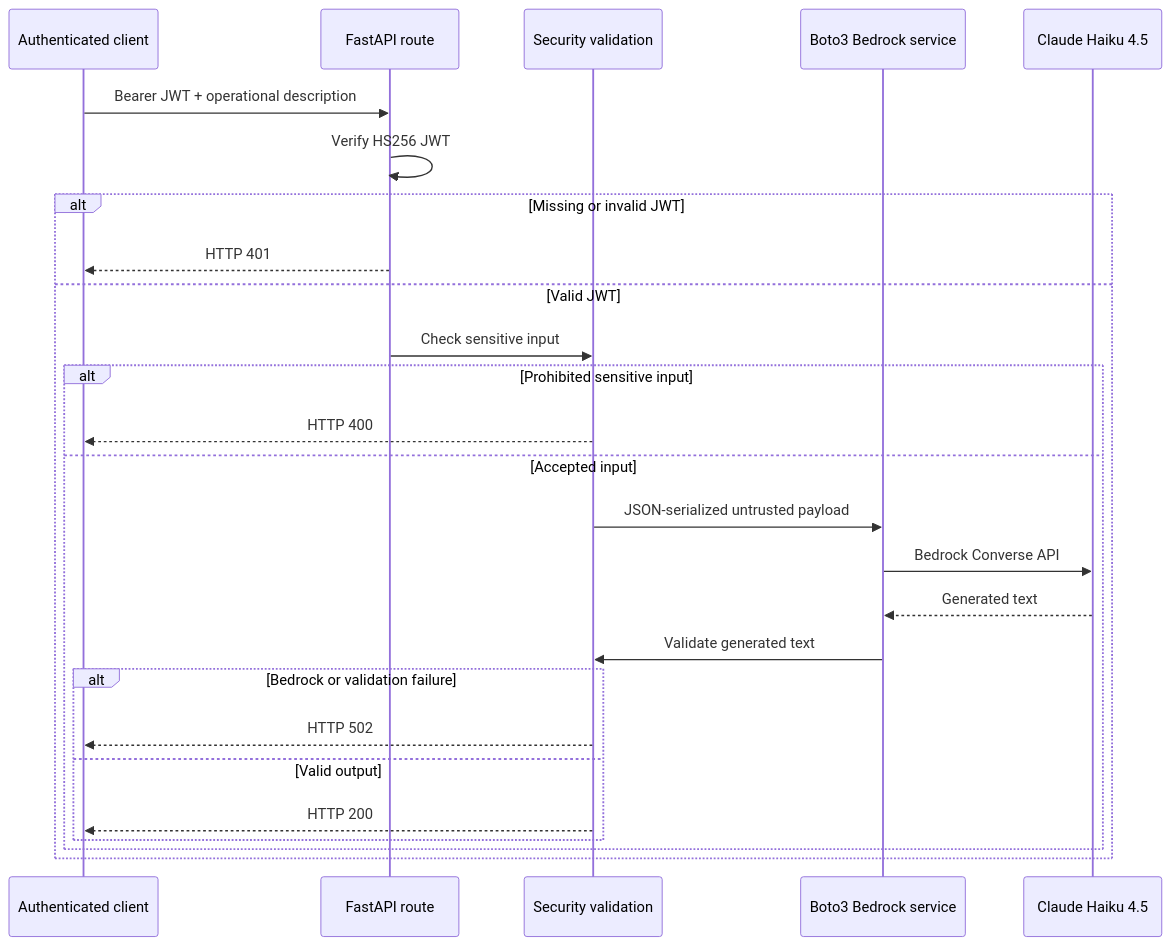
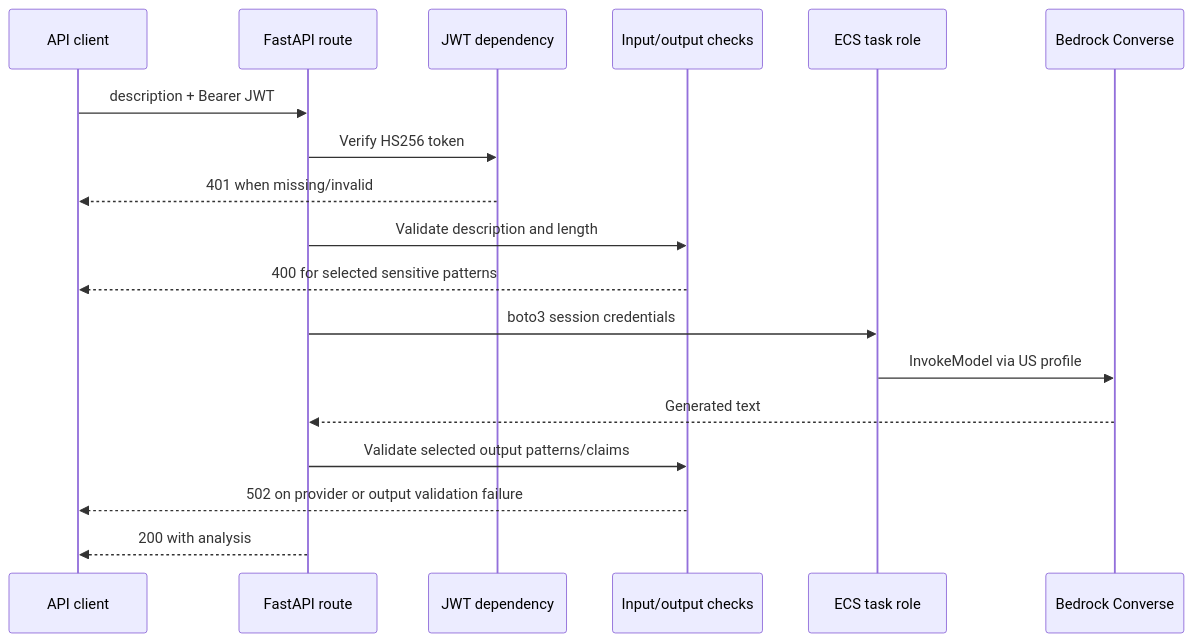
One commit to ALLWT255/banking-app changed the diagram in docs/ai-operations.md. Above: the diagram before and after it, drawn with Mermaid. The commit also changed other lines of this file and 36 other files, not shown here.

Commit message:
docs: document banking platform architecture and troubleshooting evidence

````diff
--- a/docs/ai-operations.md
+++ b/docs/ai-operations.md
@@ -9,29 +13,21 @@
 ```mermaid
 sequenceDiagram
-    participant C as Authenticated client
-    participant A as FastAPI route
-    participant V as Security validation
-    participant B as Boto3 Bedrock service
-    participant M as Claude Haiku 4.5
+    participant User as API client
+    participant API as FastAPI route
+    participant Auth as JWT dependency
+    participant Guard as Input/output checks
+    participant Role as ECS task role
+    participant Bedrock as Bedrock Converse
 
-    C->>A: Bearer JWT + operational description
-    A->>A: Verify HS256 JWT
-    alt Missing or invalid JWT
-        A-->>C: HTTP 401
-    else Valid JWT
-        A->>V: Check sensitive input
-        alt Prohibited sensitive input
-            V-->>C: HTTP 400
-        else Accepted input
-            V->>B: JSON-serialized untrusted payload
-            B->>M: Bedrock Converse API
-            M-->>B: Generated text
-            B->>V: Validate generated text
-            alt Bedrock or validation failure
-                V-->>C: HTTP 502
-            else Valid output
-                V-->>C: HTTP 200
-            end
-        end
-    end
+    User->>API: description + Bearer JWT
+    API->>Auth: Verify HS256 token
+    Auth-->>User: 401 when missing/invalid
+    API->>Guard: Validate description and length
+    Guard-->>User: 400 for selected sensitive patterns
+    API->>Role: boto3 session credentials
+    Role->>Bedrock: InvokeModel via US profile
+    Bedrock-->>API: Generated text
+    API->>Guard: Validate selected output patterns/claims
+    Guard-->>User: 502 on provider or output validation failure
+    API-->>User: 200 with analysis
 ```
````
